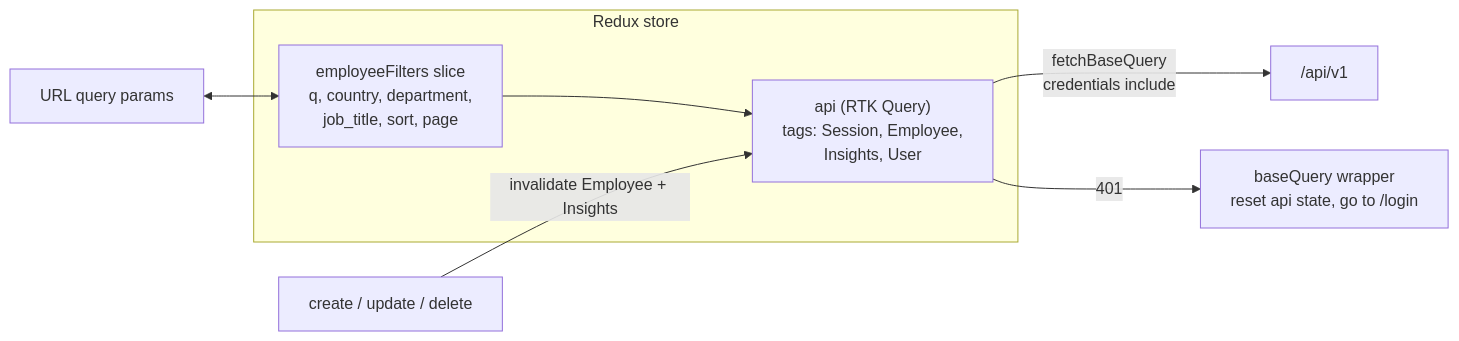
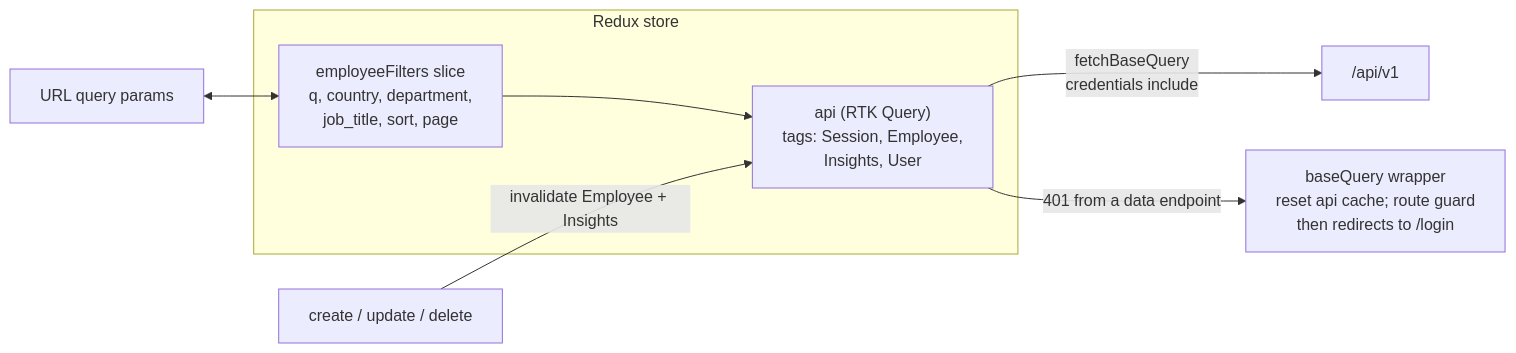
The ninth of 9 diagrams in docs/ARCHITECTURE.md (sujay-gavhane/salary-management), drawn with Mermaid before and after one commit. The commit also changed 11 other files, not shown here.

Commit message:
feat(frontend): add Redux store and RTK Query API with session endpoints and 401 handling

````diff
--- a/docs/ARCHITECTURE.md
+++ b/docs/ARCHITECTURE.md
@@ -316,13 +316,13 @@
 ```mermaid
 flowchart LR
     subgraph store["Redux store"]
         api["api (RTK Query)<br/>tags: Session, Employee,<br/>Insights, User"]
         filters["employeeFilters slice<br/>q, country, department,<br/>job_title, sort, page"]
     end
 
     url["URL query params"] <--> filters
     filters --> api
     api -- "fetchBaseQuery<br/>credentials include" --> backend["/api/v1"]
-    api -- "401" --> reauth["baseQuery wrapper<br/>reset api state, go to /login"]
+    api -- "401 from a data endpoint" --> reauth["baseQuery wrapper<br/>reset api cache; route guard<br/>then redirects to /login"]
     mutations["create / update / delete"] -- "invalidate Employee + Insights" --> api
 ```
````
